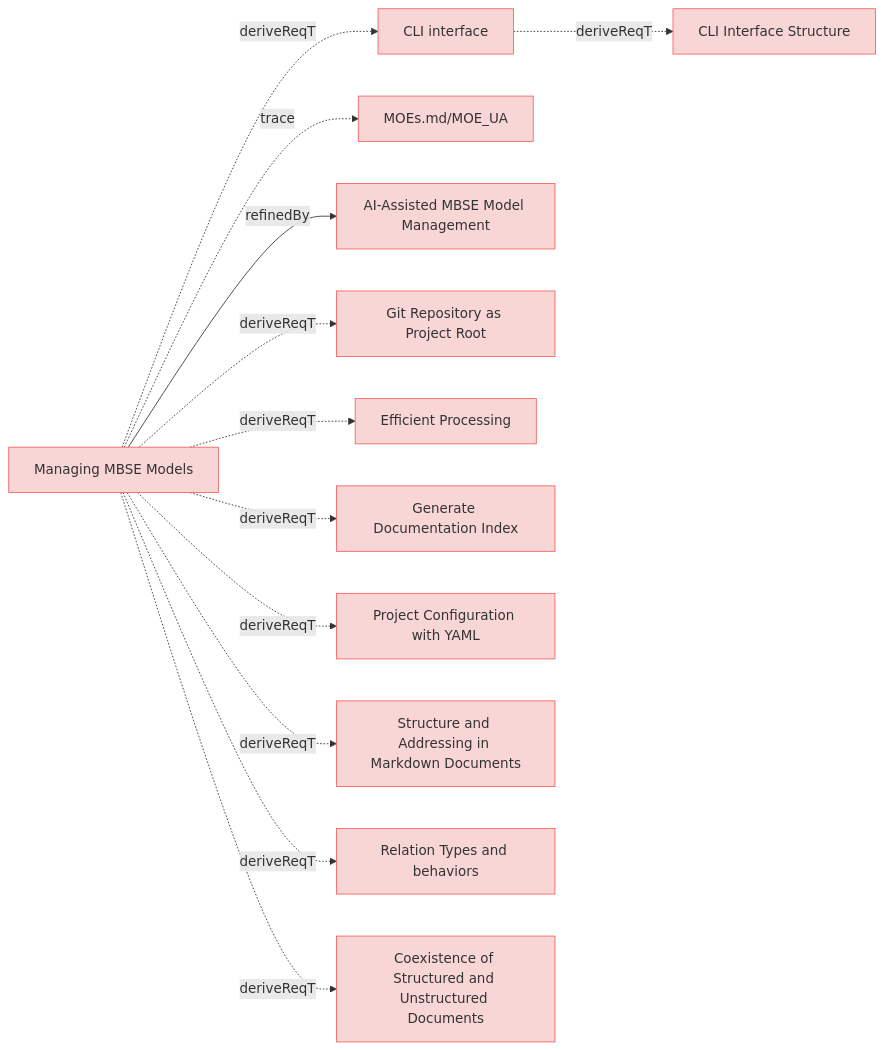
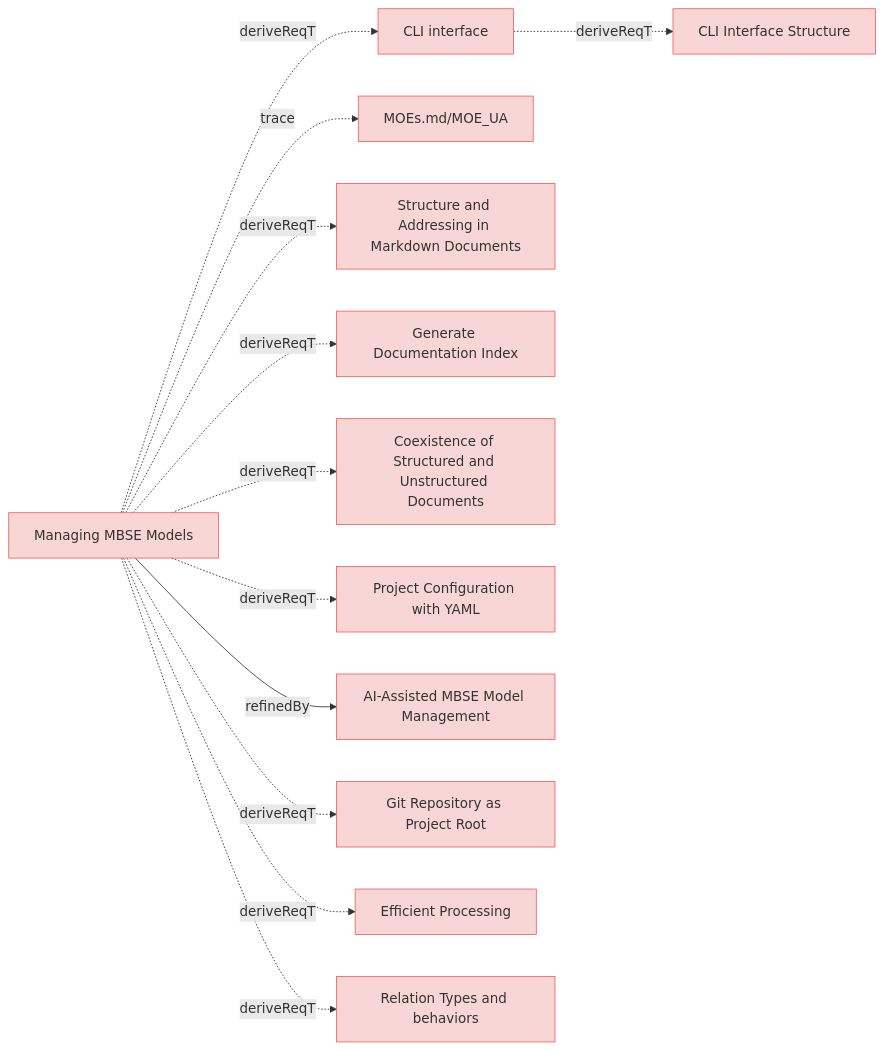
One commit to reqvire-org/reqvire changed the ninth of 9 diagrams in specifications/UserRequirements.md. Above: the diagram before and after it, drawn with Mermaid. The commit also changed other lines of this file and 23 other files, not shown here.

````diff
--- a/specifications/UserRequirements.md
+++ b/specifications/UserRequirements.md
@@ -822,56 +831,56 @@
 ```mermaid
 graph LR;
   %% Graph styling
   classDef requirement fill:#f9d6d6,stroke:#f55f5f,stroke-width:1px;
   classDef verification fill:#d6f9d6,stroke:#5fd75f,stroke-width:1px;
   classDef externalLink fill:#d0e0ff,stroke:#3080ff,stroke-width:1px;
   classDef default fill:#f5f5f5,stroke:#333333,stroke-width:1px;
 
   f28849d46c19af44["CLI interface"];
   class f28849d46c19af44 requirement;
   click f28849d46c19af44 "UserRequirements.md#cli-interface";
   8f22faacdb454b23["CLI Interface Structure"];
   class 8f22faacdb454b23 requirement;
   click 8f22faacdb454b23 "SystemRequirements/Requirements.md#cli-interface-structure";
   f28849d46c19af44 -.->|deriveReqT| 8f22faacdb454b23;
   e61b7c1baa89bfc6["Managing MBSE Models"];
   class e61b7c1baa89bfc6 requirement;
   click e61b7c1baa89bfc6 "UserStories.md#managing-mbse-models";
   2c5f30f14e792200["MOEs.md/MOE_UA"];
   class 2c5f30f14e792200 requirement;
   click 2c5f30f14e792200 "MOEs.md#moe_ua";
   e61b7c1baa89bfc6 -.->|trace| 2c5f30f14e792200;
+  ade67c27bc5d3bbd["Structure and Addressing in Markdown Documents"];
+  class ade67c27bc5d3bbd requirement;
+  click ade67c27bc5d3bbd "SpecificationsRequirements.md#structure-and-addressing-in-markdown-documents";
+  e61b7c1baa89bfc6 -.->|deriveReqT| ade67c27bc5d3bbd;
+  c2b6c74b77726ad9["Generate Documentation Index"];
+  class c2b6c74b77726ad9 requirement;
+  click c2b6c74b77726ad9 "UserRequirements.md#generate-documentation-index";
+  e61b7c1baa89bfc6 -.->|deriveReqT| c2b6c74b77726ad9;
+  f0d721424636370e["Coexistence of Structured and Unstructured Documents"];
+  class f0d721424636370e requirement;
+  click f0d721424636370e "ManagingMbseModelsRequirements.md#coexistence-of-structured-and-unstructured-documents";
+  e61b7c1baa89bfc6 -.->|deriveReqT| f0d721424636370e;
+  16b4b380c917deb1["Project Configuration with YAML"];
+  class 16b4b380c917deb1 requirement;
+  click 16b4b380c917deb1 "ManagingMbseModelsRequirements.md#project-configuration-with-yaml";
+  e61b7c1baa89bfc6 -.->|deriveReqT| 16b4b380c917deb1;
+  e61b7c1baa89bfc6 -.->|deriveReqT| f28849d46c19af44;
   cd2d5dab49985ca2["AI-Assisted MBSE Model Management"];
   class cd2d5dab49985ca2 requirement;
   click cd2d5dab49985ca2 "UserStories.md#ai-assisted-mbse-model-management";
   e61b7c1baa89bfc6 -->|refinedBy| cd2d5dab49985ca2;
-  e61b7c1baa89bfc6 -.->|deriveReqT| f28849d46c19af44;
   649d72765b13e14f["Git Repository as Project Root"];
   class 649d72765b13e14f requirement;
   click 649d72765b13e14f "ManagingMbseModelsRequirements.md#git-repository-as-project-root";
   e61b7c1baa89bfc6 -.->|deriveReqT| 649d72765b13e14f;
   d193d11c43776bec["Efficient Processing"];
   class d193d11c43776bec requirement;
   click d193d11c43776bec "ManagingMbseModelsRequirements.md#efficient-processing";
   e61b7c1baa89bfc6 -.->|deriveReqT| d193d11c43776bec;
-  c2b6c74b77726ad9["Generate Documentation Index"];
-  class c2b6c74b77726ad9 requirement;
-  click c2b6c74b77726ad9 "UserRequirements.md#generate-documentation-index";
-  e61b7c1baa89bfc6 -.->|deriveReqT| c2b6c74b77726ad9;
-  16b4b380c917deb1["Project Configuration with YAML"];
-  class 16b4b380c917deb1 requirement;
-  click 16b4b380c917deb1 "ManagingMbseModelsRequirements.md#project-configuration-with-yaml";
-  e61b7c1baa89bfc6 -.->|deriveReqT| 16b4b380c917deb1;
-  ade67c27bc5d3bbd["Structure and Addressing in Markdown Documents"];
-  class ade67c27bc5d3bbd requirement;
-  click ade67c27bc5d3bbd "SpecificationsRequirements.md#structure-and-addressing-in-markdown-documents";
-  e61b7c1baa89bfc6 -.->|deriveReqT| ade67c27bc5d3bbd;
   551906d5c51d91d9["Relation Types and behaviors"];
   class 551906d5c51d91d9 requirement;
   click 551906d5c51d91d9 "SpecificationsRequirements.md#relation-types-and-behaviors";
   e61b7c1baa89bfc6 -.->|deriveReqT| 551906d5c51d91d9;
-  f0d721424636370e["Coexistence of Structured and Unstructured Documents"];
-  class f0d721424636370e requirement;
-  click f0d721424636370e "ManagingMbseModelsRequirements.md#coexistence-of-structured-and-unstructured-documents";
-  e61b7c1baa89bfc6 -.->|deriveReqT| f0d721424636370e;
 ```
````
